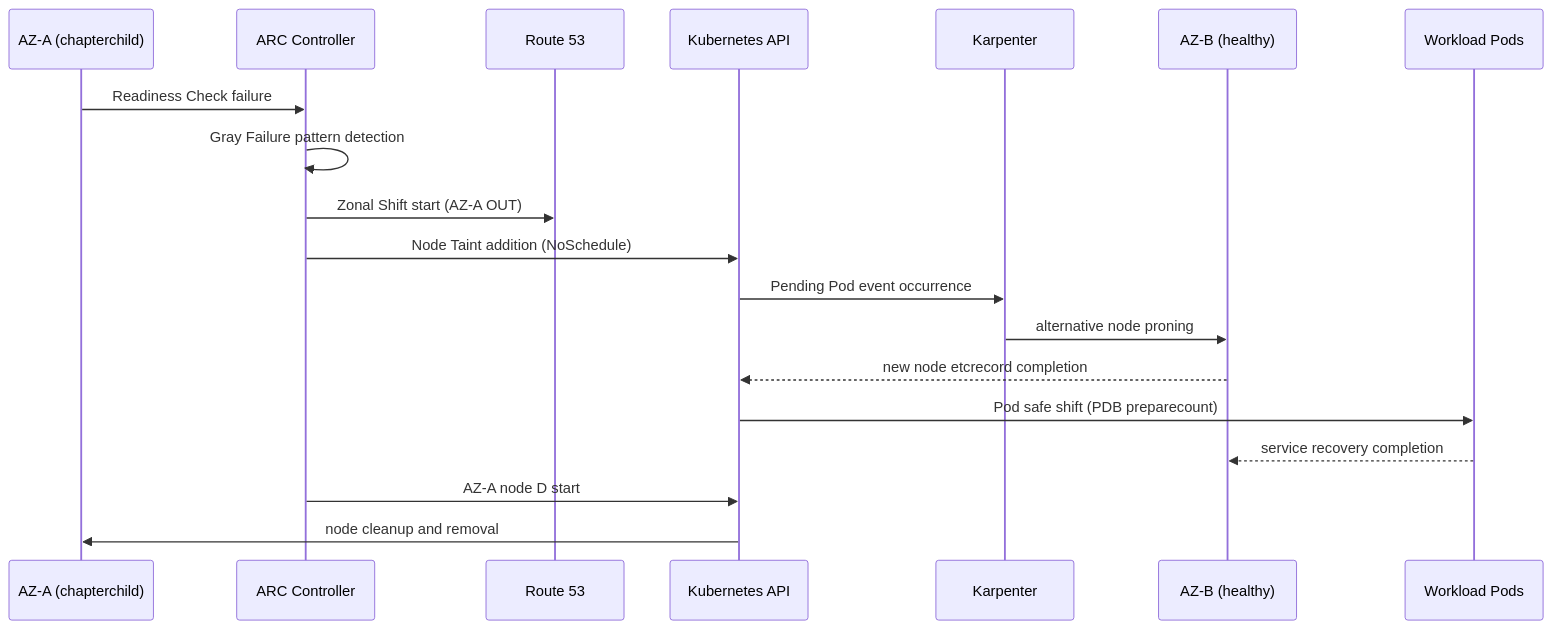
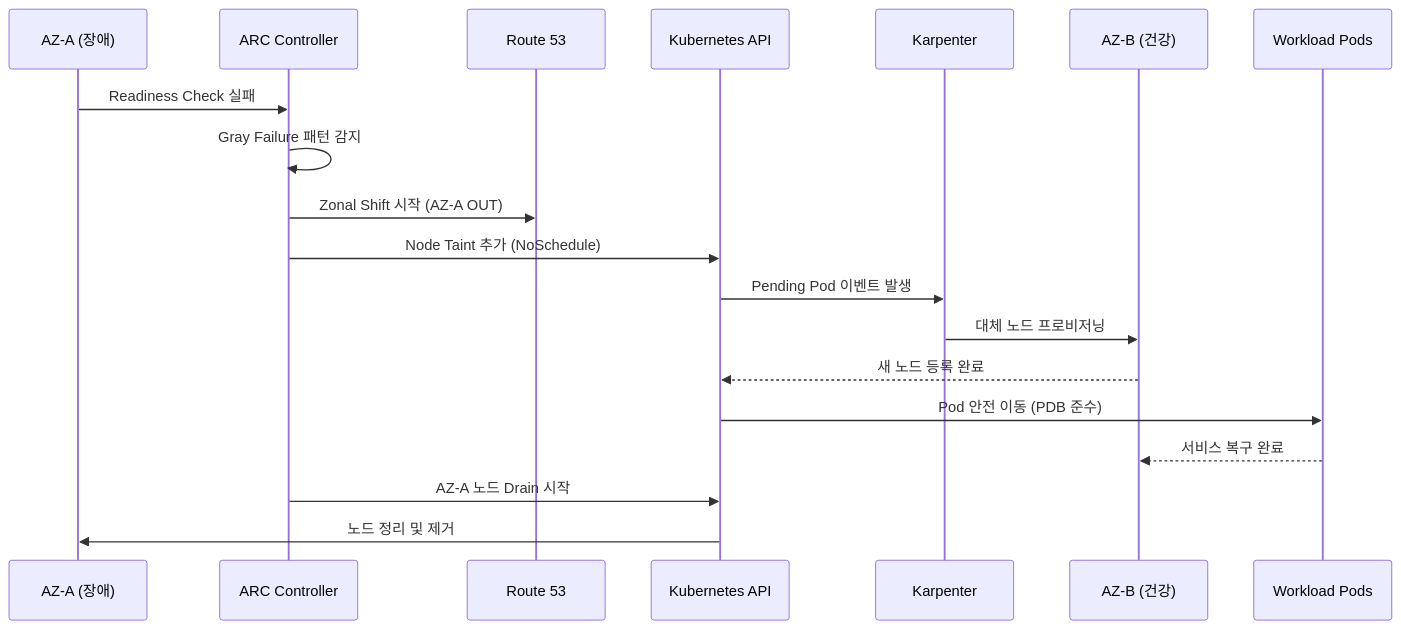
The third of 13 diagrams in i18n/en/docusaurus-plugin-content-docs/current/aidlc/agentic-ops/aiops-predictive-operations.md (devfloor9/engineering-playbook), drawn with Mermaid before and after one commit. The commit also changed other lines of this file and 95 other files, not shown here.

````diff
--- a/i18n/en/docusaurus-plugin-content-docs/current/aidlc/agentic-ops/aiops-predictive-operations.md
+++ b/i18n/en/docusaurus-plugin-content-docs/current/aidlc/agentic-ops/aiops-predictive-operations.md
@@ -761,22 +764,22 @@
 ```mermaid
 sequenceDiagram
-participant AZ_A as AZ-A (chapterchild)
-participant ARC as ARC Controller
-participant R53 as Route 53
-participant K8s as Kubernetes API
-participant Karp as Karpenter
-participant AZ_B as AZ-B (healthy)
-participant Pod as Workload Pods
+ participant AZ_A as AZ-A (장애)
+ participant ARC as ARC Controller
+ participant R53 as Route 53
+ participant K8s as Kubernetes API
+ participant Karp as Karpenter
+ participant AZ_B as AZ-B (건강)
+ participant Pod as Workload Pods
 
-AZ_A->>ARC: Readiness Check failure
-ARC->>ARC: Gray Failure pattern detection
-ARC->>R53: Zonal Shift start (AZ-A OUT)
-ARC->>K8s: Node Taint addition (NoSchedule)
-K8s->>Karp: Pending Pod event occurrence
-Karp->>AZ_B: alternative node proning
-AZ_B-->>K8s: new node etcrecord completion
-K8s->>Pod: Pod safe shift (PDB preparecount)
-Pod-->>AZ_B: service recovery completion
-ARC->>K8s: AZ-A node D start
-K8s->>AZ_A: node cleanup and removal
+ AZ_A->>ARC: Readiness Check 실패
+ ARC->>ARC: Gray Failure 패턴 감지
+ ARC->>R53: Zonal Shift 시작 (AZ-A OUT)
+ ARC->>K8s: Node Taint 추가 (NoSchedule)
+ K8s->>Karp: Pending Pod 이벤트 발생
+ Karp->>AZ_B: 대체 노드 프로비저닝
+ AZ_B-->>K8s: 새 노드 등록 완료
+ K8s->>Pod: Pod 안전 이동 (PDB 준수)
+ Pod-->>AZ_B: 서비스 복구 완료
+ ARC->>K8s: AZ-A 노드 Drain 시작
+ K8s->>AZ_A: 노드 정리 및 제거
 ```
````
